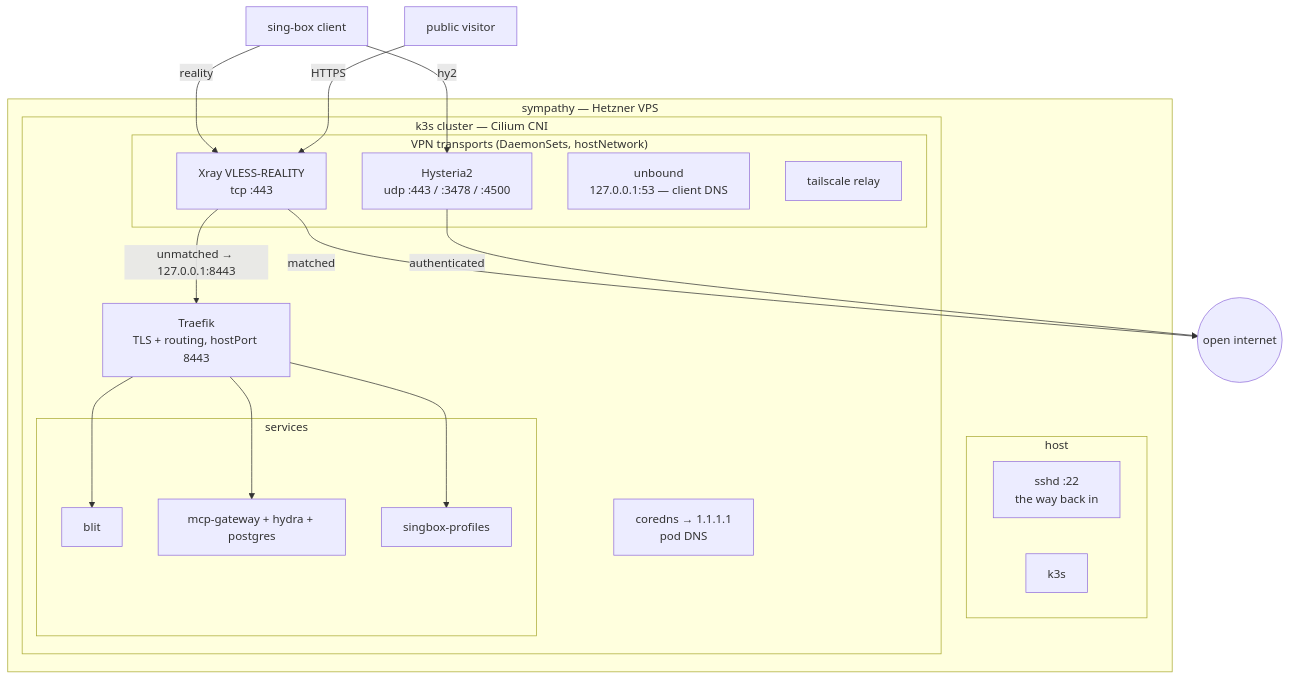
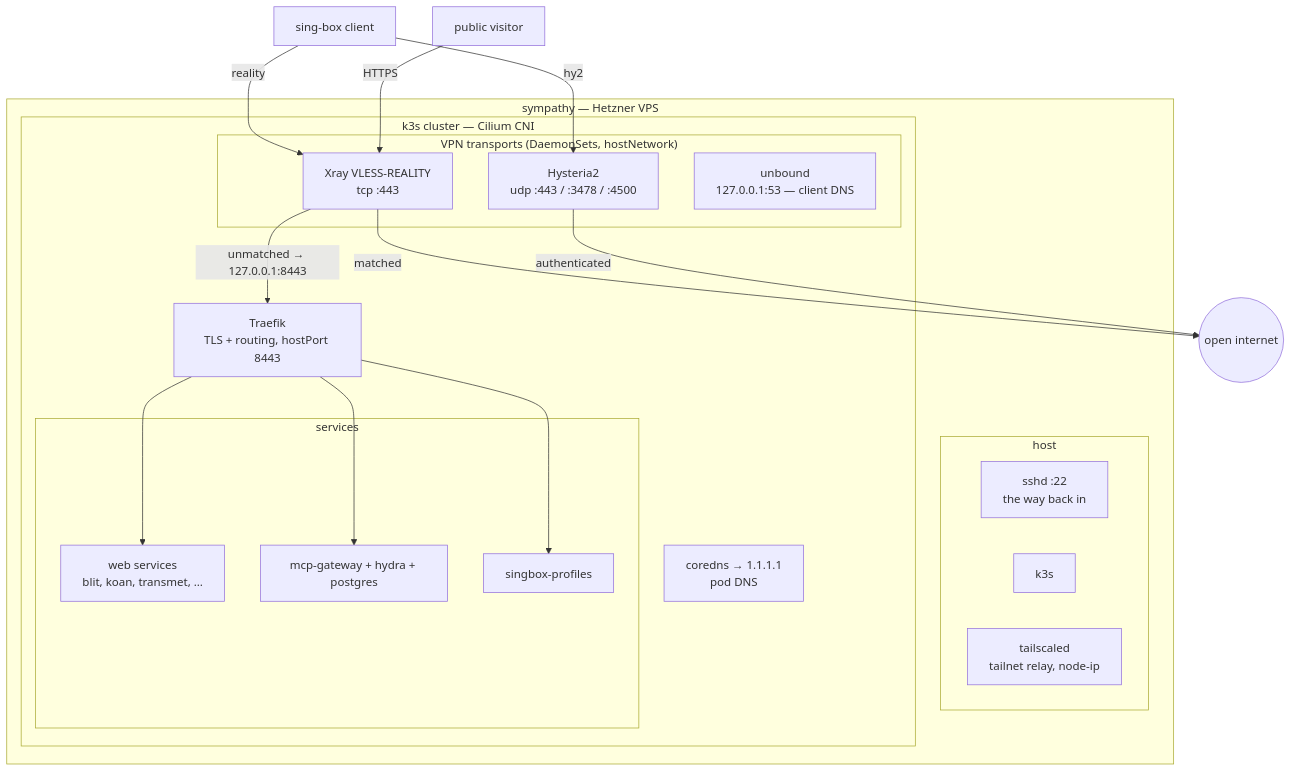
The diagram in README.md (radiosilence/jaritanet), drawn with Mermaid before and after one commit. The commit also changed other lines of this file and 25 other files, not shown here.

````diff
--- a/README.md
+++ b/README.md
@@ -19,42 +21,42 @@
 ```mermaid
 graph TB
     CLIENT["sing-box client"]
     VISITOR["public visitor"]
 
     subgraph vps["sympathy — Hetzner VPS"]
         subgraph host["host"]
             SSHD["sshd :22<br/>the way back in"]
             K3S["k3s"]
+            TS["tailscaled<br/>tailnet relay, node-ip"]
         end
 
         subgraph k8s["k3s cluster — Cilium CNI"]
             subgraph entry["VPN transports (DaemonSets, hostNetwork)"]
                 XR["Xray VLESS-REALITY<br/>tcp :443"]
                 HY["Hysteria2<br/>udp :443 / :3478 / :4500"]
                 UB["unbound<br/>127.0.0.1:53 — client DNS"]
-                TS["tailscale relay"]
             end
 
             TR["Traefik<br/>TLS + routing, hostPort 8443"]
             subgraph apps["services"]
-                BL["blit"]
+                BL["web services<br/>blit, koan, transmet, …"]
                 MCP["mcp-gateway + hydra + postgres"]
                 PROF["singbox-profiles"]
             end
             CD["coredns → 1.1.1.1<br/>pod DNS"]
         end
     end
 
     INET(("open internet"))
 
     CLIENT -->|reality| XR
     CLIENT -->|hy2| HY
     VISITOR -->|"HTTPS"| XR
 
     XR -->|"unmatched → 127.0.0.1:8443"| TR
     XR -->|"matched"| INET
     HY -->|"authenticated"| INET
     TR --> BL
     TR --> MCP
     TR --> PROF
 ```
````
